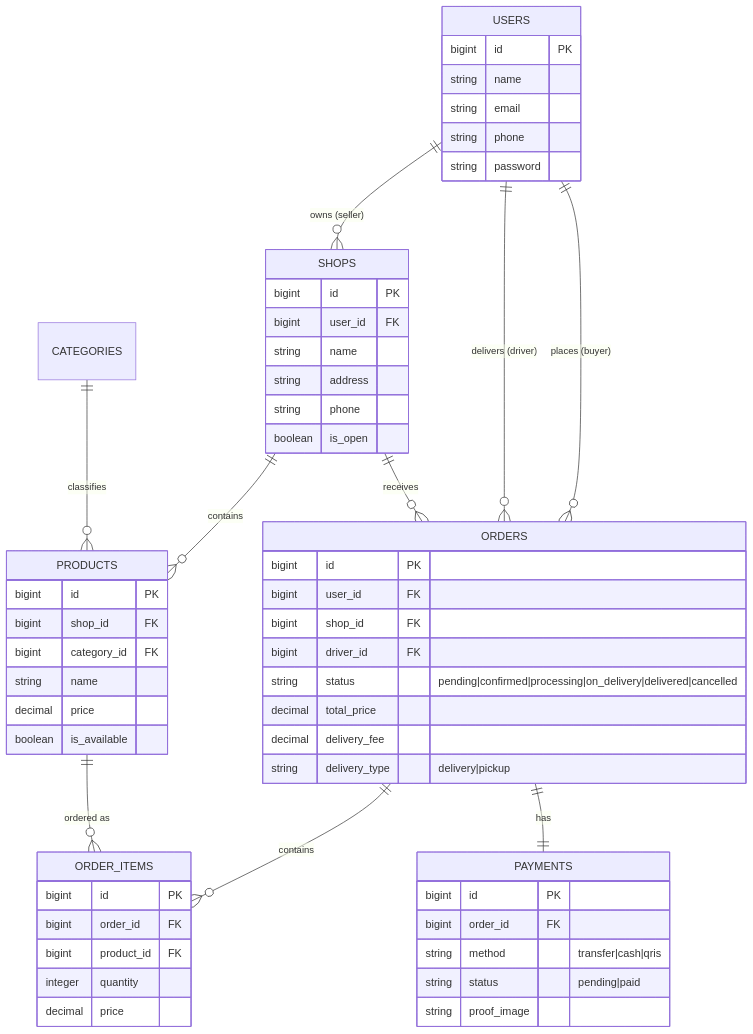
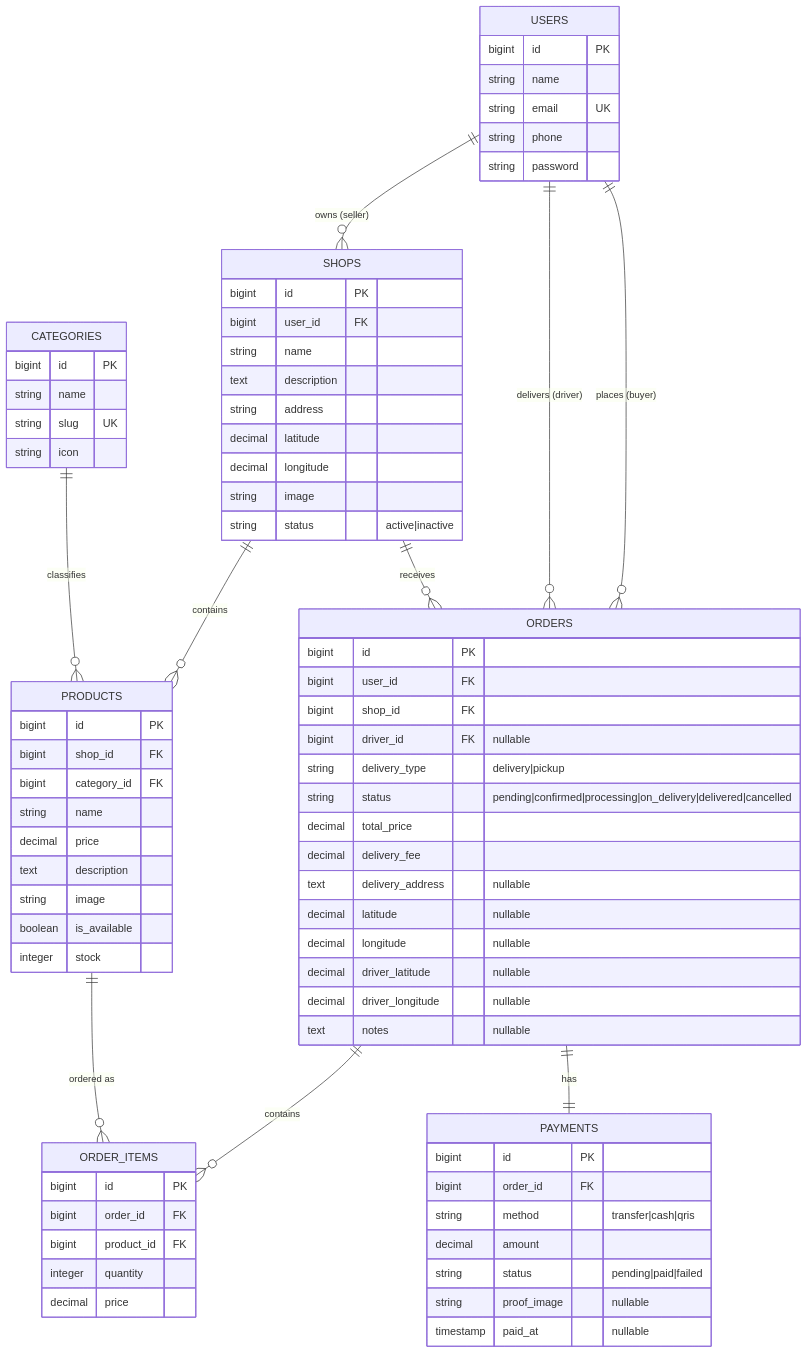
One commit to RafRizu/jajanku-backend changed the diagram in README.md. Above: the diagram before and after it, drawn with Mermaid. The commit also changed other lines of this file, not shown here.

Commit message:
docs: update technical documentation with expanded architecture, database schema, and detailed feature breakdown

````diff
--- a/README.md
+++ b/README.md
@@ -73,7 +131,7 @@
     USERS {
         bigint id PK
         string name
-        string email
+        string email UK
         string phone
         string password
     }
@@ -82,9 +140,19 @@
         bigint id PK
         bigint user_id FK
         string name
+        text description
         string address
-        string phone
-        boolean is_open
+        decimal latitude
+        decimal longitude
+        string image
+        string status "active|inactive"
+    }
+
+    CATEGORIES {
+        bigint id PK
+        string name
+        string slug UK
+        string icon
     }
 
     PRODUCTS {
@@ -93,18 +161,27 @@
         bigint category_id FK
         string name
         decimal price
+        text description
+        string image
         boolean is_available
+        integer stock
     }
 
     ORDERS {
         bigint id PK
         bigint user_id FK
         bigint shop_id FK
-        bigint driver_id FK
+        bigint driver_id FK "nullable"
+        string delivery_type "delivery|pickup"
         string status "pending|confirmed|processing|on_delivery|delivered|cancelled"
         decimal total_price
         decimal delivery_fee
-        string delivery_type "delivery|pickup"
+        text delivery_address "nullable"
+        decimal latitude "nullable"
+        decimal longitude "nullable"
+        decimal driver_latitude "nullable"
+        decimal driver_longitude "nullable"
+        text notes "nullable"
     }
 
     ORDER_ITEMS {
@@ -119,7 +196,9 @@
         bigint id PK
         bigint order_id FK
         string method "transfer|cash|qris"
-        string status "pending|paid"
-        string proof_image
+        decimal amount
+        string status "pending|paid|failed"
+        string proof_image "nullable"
+        timestamp paid_at "nullable"
     }
 ```
````
